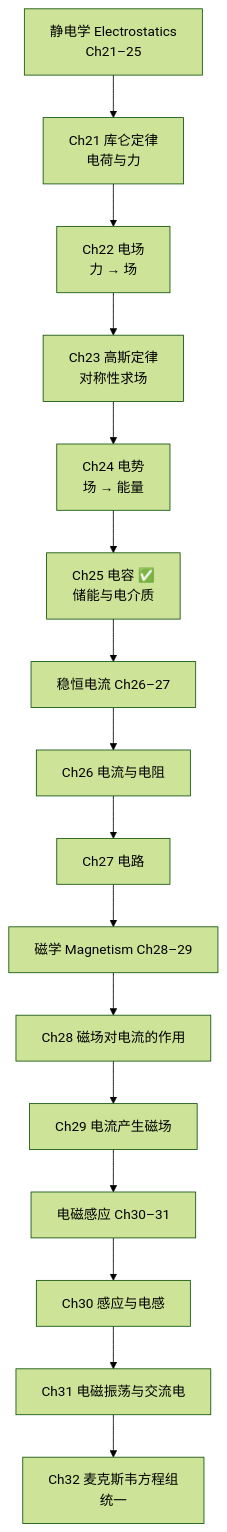
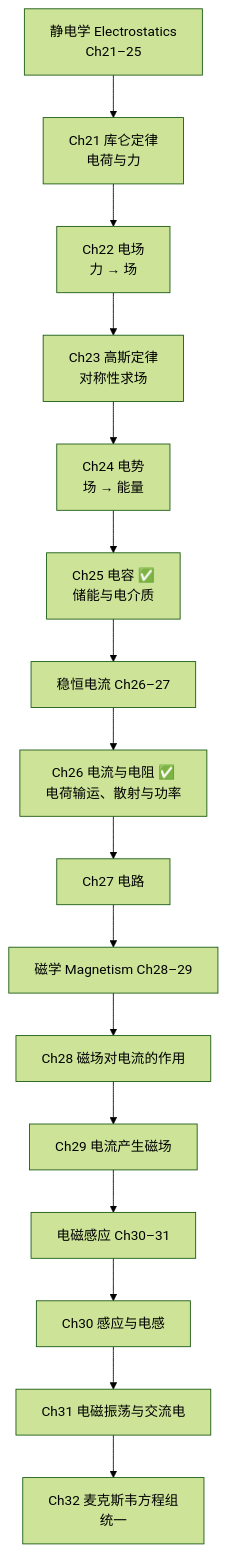
Before and after one commit to KayeAdams515/ClaudeNotes: the first of 4 diagrams in 物理/大学物理（一）/电磁学 MOC.md, drawn with Mermaid (forest theme). The commit also changed other lines of this file and 352 other files, not shown here.

````diff
--- a/物理/大学物理（一）/电磁学 MOC.md
+++ b/物理/大学物理（一）/电磁学 MOC.md
@@ -15,18 +15,18 @@
 ```mermaid
 graph TD
     A["静电学 Electrostatics<br/>Ch21–25"] --> A1["Ch21 库仑定律<br/>电荷与力"]
     A1 --> A2["Ch22 电场<br/>力 → 场"]
     A2 --> A3["Ch23 高斯定律<br/>对称性求场"]
     A3 --> A4["Ch24 电势<br/>场 → 能量"]
     A4 --> A5["Ch25 电容 ✅<br/>储能与电介质"]
     A5 --> B["稳恒电流 Ch26–27"]
-    B --> B1["Ch26 电流与电阻"]
+    B --> B1["Ch26 电流与电阻 ✅<br/>电荷输运、散射与功率"]
     B1 --> B2["Ch27 电路"]
     B2 --> C["磁学 Magnetism Ch28–29"]
     C --> C1["Ch28 磁场对电流的作用"]
     C1 --> C2["Ch29 电流产生磁场"]
     C2 --> D["电磁感应 Ch30–31"]
     D --> D1["Ch30 感应与电感"]
     D1 --> D2["Ch31 电磁振荡与交流电"]
     D2 --> E["Ch32 麦克斯韦方程组<br/>统一"]
 ```
````
